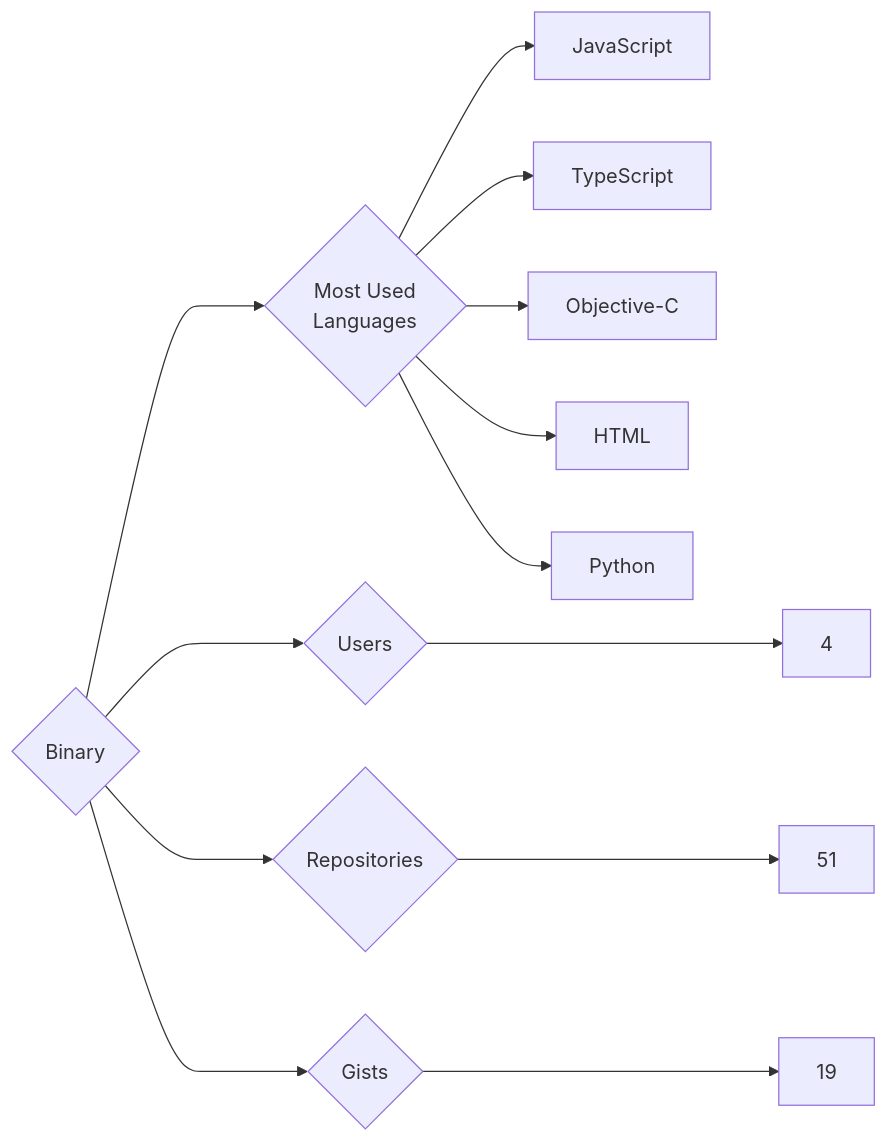
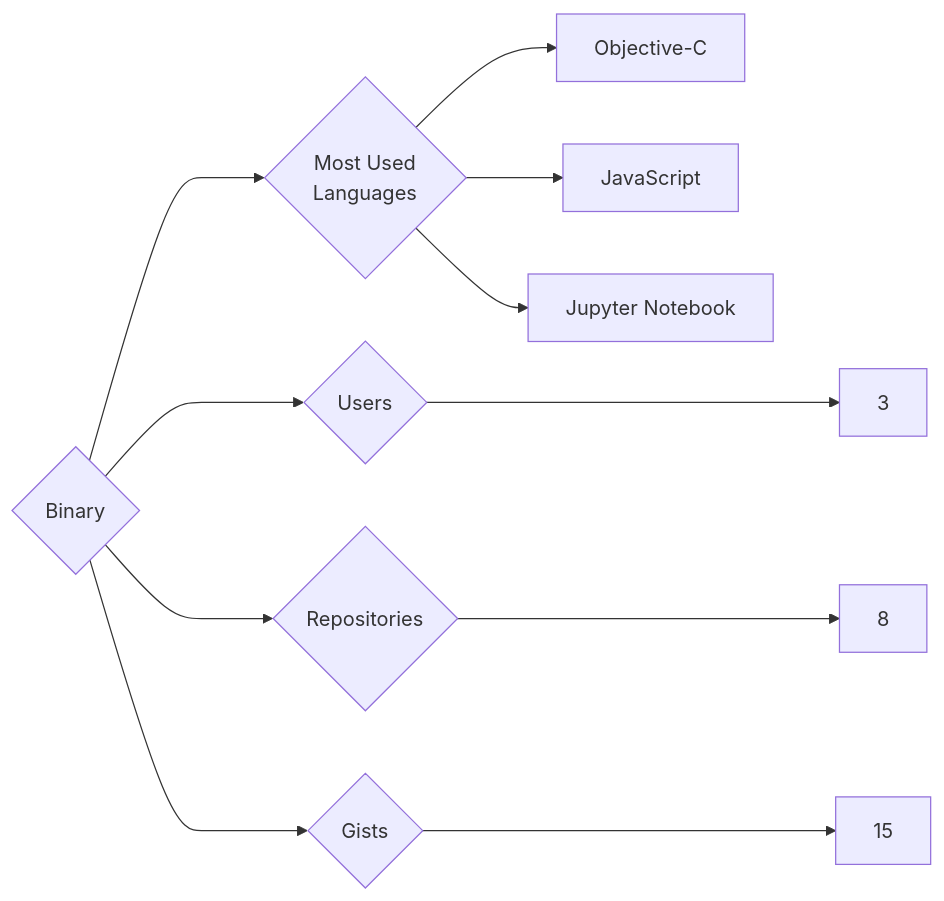
One commit to trickest/insiders changed the diagram in targets/Binary/README.md. Above: the diagram before and after it, drawn with Mermaid. The commit also changed 559 other files, not shown here.

````diff
--- a/targets/Binary/README.md
+++ b/targets/Binary/README.md
@@ -3,13 +3,11 @@
 ```mermaid
 graph LR
 COMPANY_NAME{Binary}
-COMPANY_NAME ---> U{Users} ---> UN[4]
-COMPANY_NAME ---> R{Repositories} ---> RN[51]
-COMPANY_NAME ---> G{Gists} ---> GN[19]
+COMPANY_NAME ---> U{Users} ---> UN[3]
+COMPANY_NAME ---> R{Repositories} ---> RN[8]
+COMPANY_NAME ---> G{Gists} ---> GN[15]
 COMPANY_NAME ---> ML{Most Used<br>Languages}
+ML --> Objective-C[Objective-C]
 ML --> JavaScript[JavaScript]
-ML --> TypeScript[TypeScript]
-ML --> Objective-C[Objective-C]
-ML --> HTML[HTML]
-ML --> Python[Python]
+ML --> Jupyter_Notebook[Jupyter Notebook]
 ```
````
